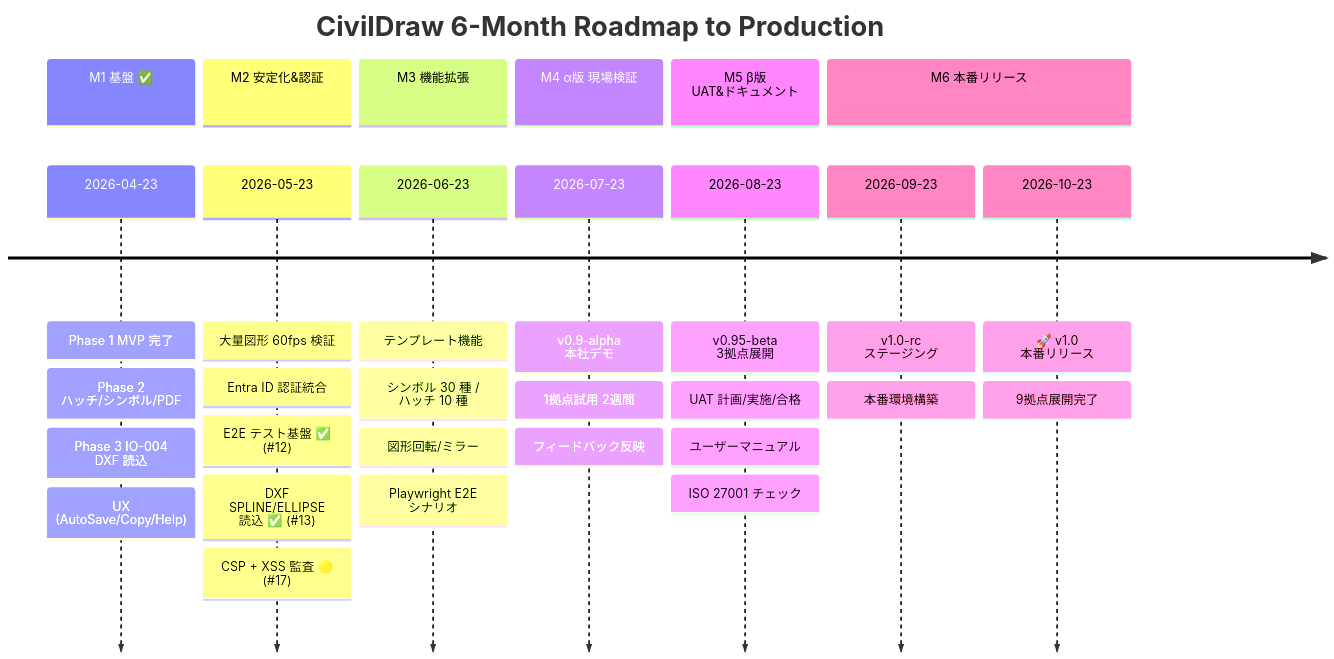
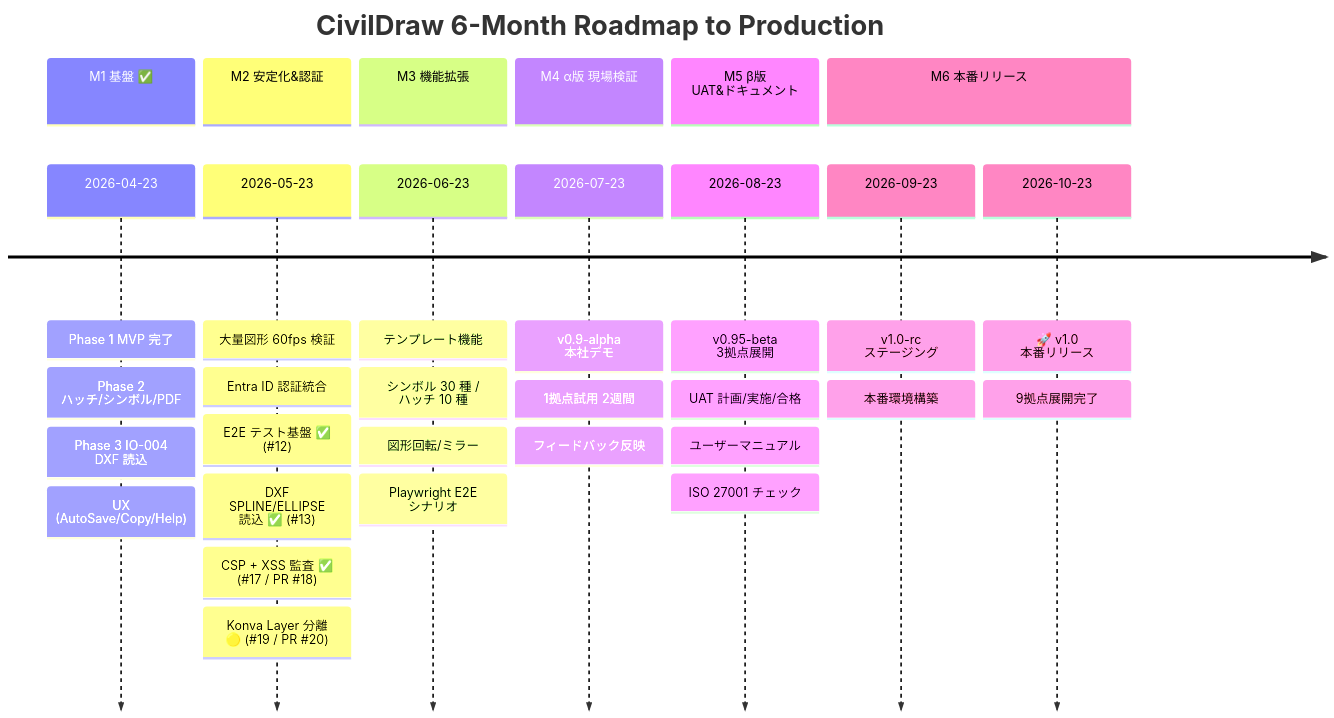
One commit to Kensan196948G/Civil-Draw changed the fourth of 4 diagrams in README.md. Above: the diagram before and after it, drawn with Mermaid. The commit also changed other lines of this file and 1 other file, not shown here.

Commit message:
docs(M2): ROADMAP/README に PERF-002 PR #20 と SEC-001 merged を反映
- ROADMAP.md M2 テーブル:
  - PERF-002: Open → 🟡 PR #20 (#19) / 概要を Layer 分離 + Map グルーピングに更新
  - SEC-001: PR #18 → ✅ Merged (#17 / PR #18)
- README.md timeline:
  - SEC-001 🟡 → ✅ (#17 / PR #18)
  - Konva Layer 分離 🟡 (#19 / PR #20) 追加
- 品質指標表: 60fps 維持に PERF-002 Layer 分離を追記

````diff
--- a/README.md
+++ b/README.md
@@ -300,34 +300,35 @@
 ```mermaid
 timeline
     title CivilDraw 6-Month Roadmap to Production
     section M1 基盤 ✅
         2026-04-23 : Phase 1 MVP 完了
                     : Phase 2 ハッチ/シンボル/PDF
                     : Phase 3 IO-004 DXF 読込
                     : UX (AutoSave/Copy/Help)
     section M2 安定化&認証
         2026-05-23 : 大量図形 60fps 検証
                     : Entra ID 認証統合
                     : E2E テスト基盤 ✅ (#12)
                     : DXF SPLINE/ELLIPSE 読込 ✅ (#13)
-                    : CSP + XSS 監査 🟡 (#17)
+                    : CSP + XSS 監査 ✅ (#17 / PR #18)
+                    : Konva Layer 分離 🟡 (#19 / PR #20)
     section M3 機能拡張
         2026-06-23 : テンプレート機能
                     : シンボル 30 種 / ハッチ 10 種
                     : 図形回転/ミラー
                     : Playwright E2E シナリオ
     section M4 α版 現場検証
         2026-07-23 : v0.9-alpha 本社デモ
                     : 1拠点試用 2週間
                     : フィードバック反映
     section M5 β版 UAT&ドキュメント
         2026-08-23 : v0.95-beta 3拠点展開
                     : UAT 計画/実施/合格
                     : ユーザーマニュアル
                     : ISO 27001 チェック
     section M6 本番リリース
         2026-09-23 : v1.0-rc ステージング
                     : 本番環境構築
         2026-10-23 : 🚀 v1.0 本番リリース
                     : 9拠点展開完了
 ```
````
